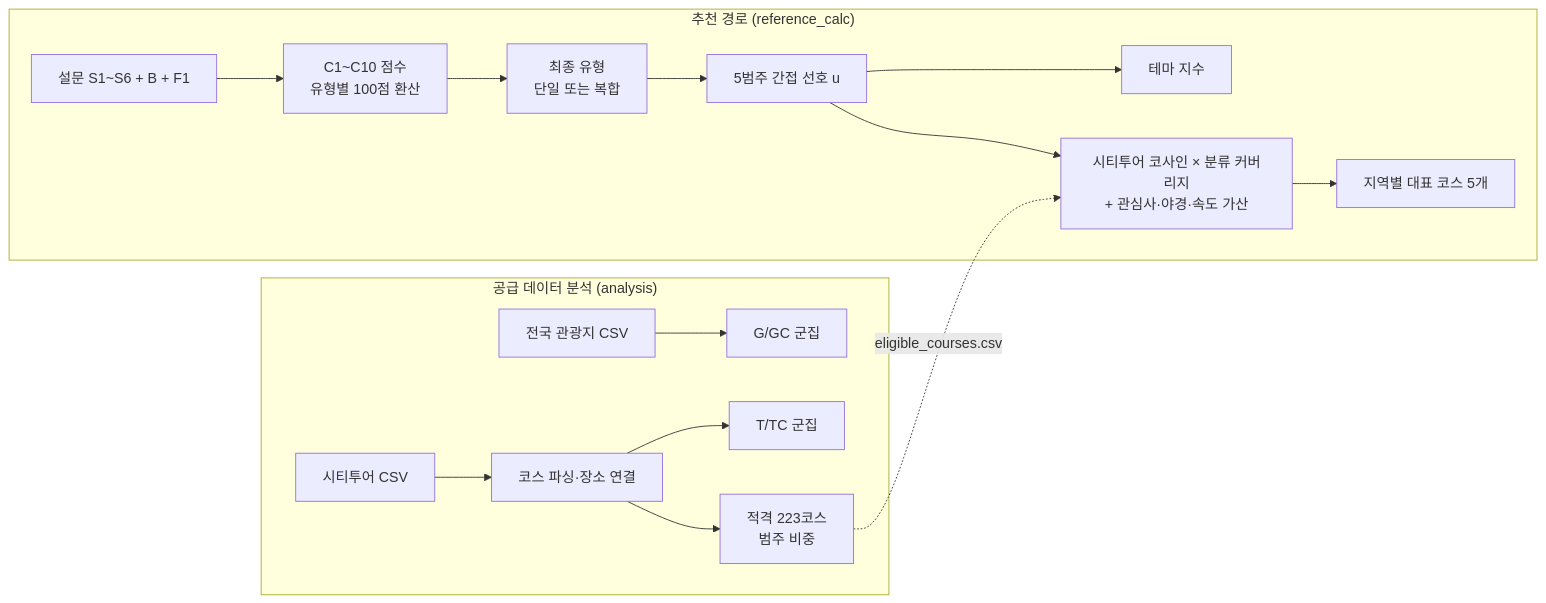
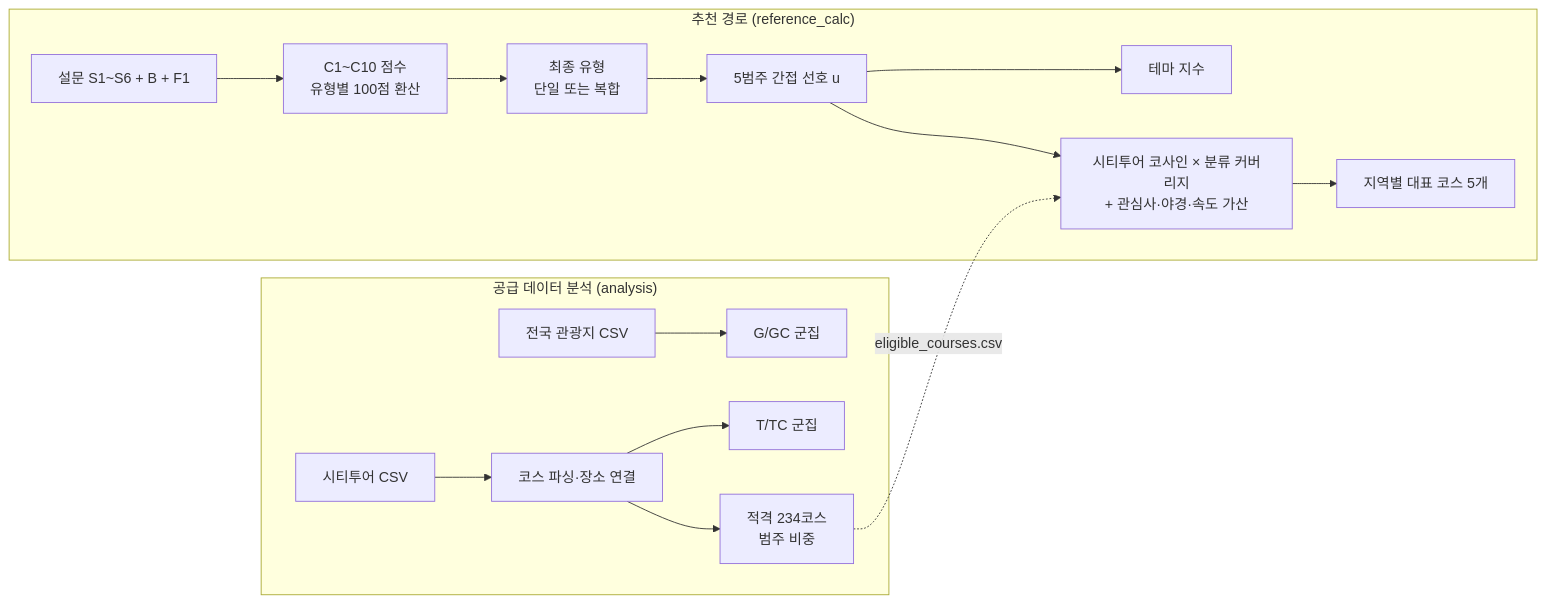
One commit to TourLabOrganization/Data-Analytics changed the diagram in README.md. Above: the diagram before and after it, drawn with Mermaid. The commit also changed other lines of this file and 226 other files, not shown here.

````diff
--- a/README.md
+++ b/README.md
@@ -39,18 +40,18 @@
 ```mermaid
 flowchart LR
   subgraph REC["추천 경로 (reference_calc)"]
     A["설문 S1~S6 + B + F1"] --> B["C1~C10 점수<br/>유형별 100점 환산"]
     B --> C["최종 유형<br/>단일 또는 복합"]
     C --> D["5범주 간접 선호 u"]
     D --> E["테마 지수"]
     D --> F["시티투어 코사인 × 분류 커버리지<br/>+ 관심사·야경·속도 가산"]
     F --> G["지역별 대표 코스 5개"]
   end
   subgraph ANA["공급 데이터 분석 (analysis)"]
     H["전국 관광지 CSV"] --> I["G/GC 군집"]
     J["시티투어 CSV"] --> K["코스 파싱·장소 연결"]
     K --> L["T/TC 군집"]
-    K --> M["적격 223코스<br/>범주 비중"]
+    K --> M["적격 234코스<br/>범주 비중"]
   end
   M -. "eligible_courses.csv" .-> F
 ```
````
